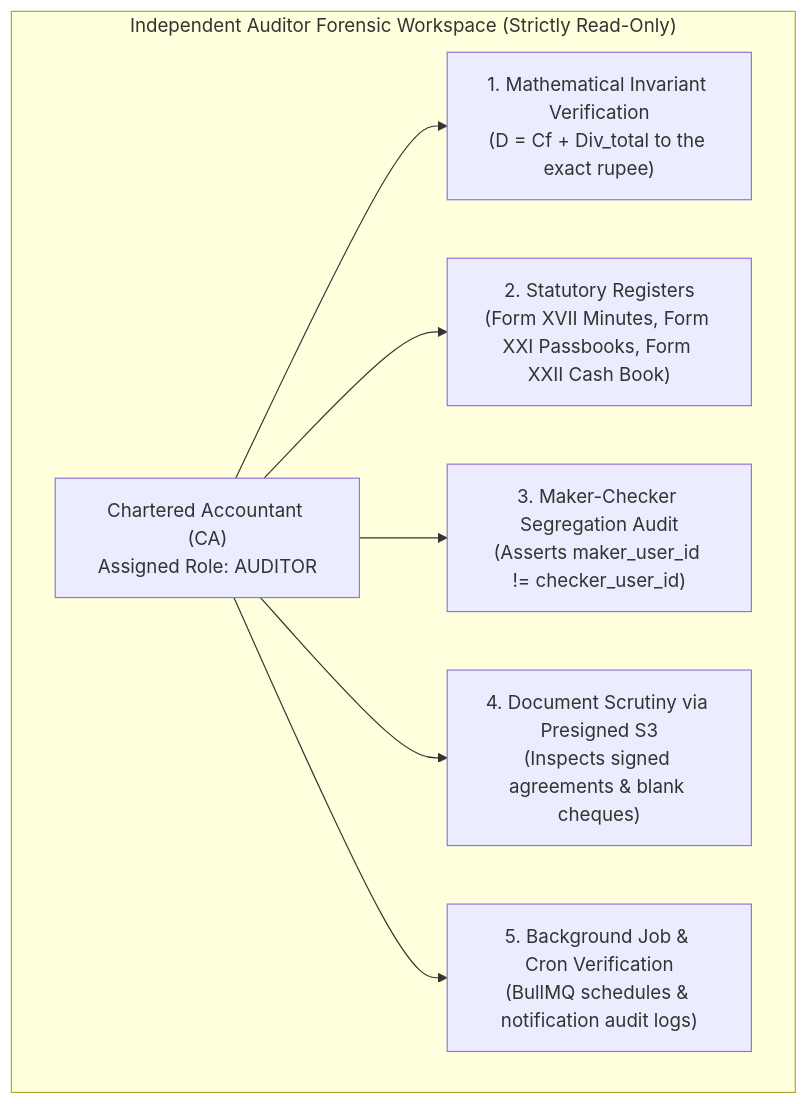
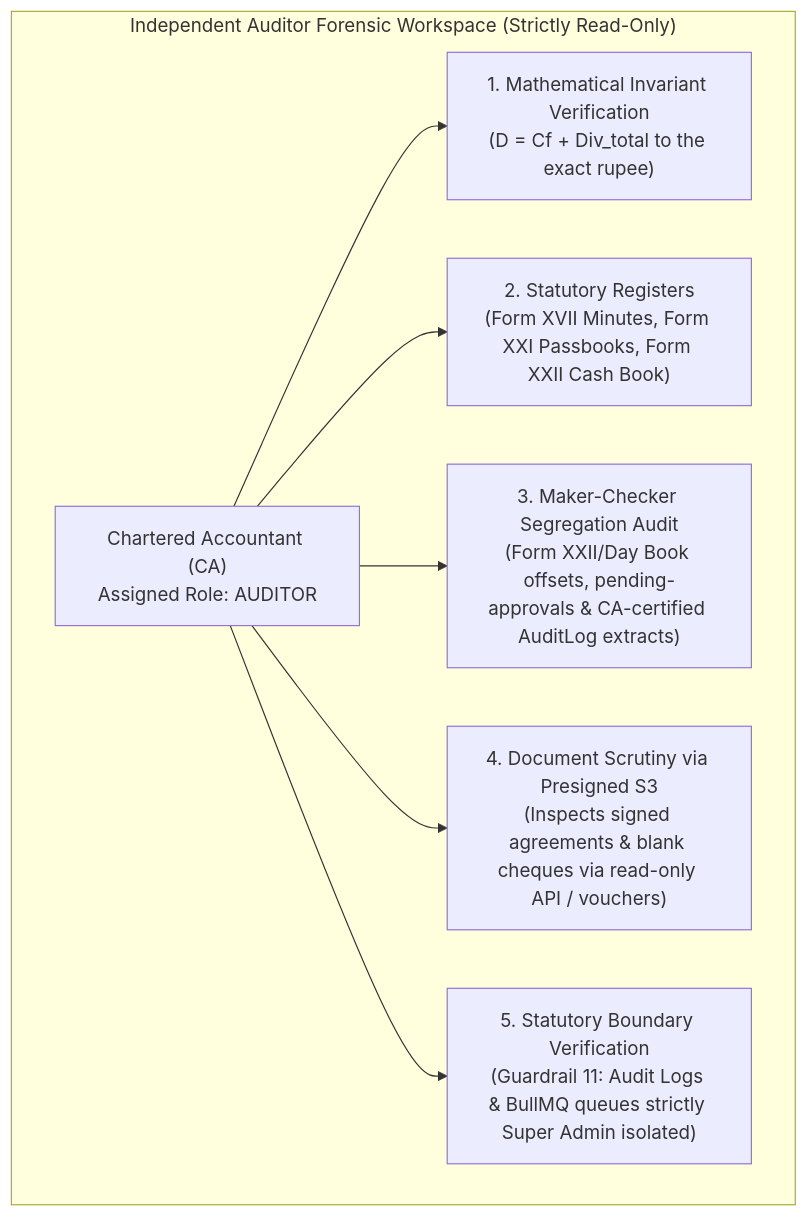
One commit to Kathir-24/Kumaran-finance changed the first of 8 diagrams in docs/07-operations/user-manuals/auditor-portal-manual.md. Above: the diagram before and after it, drawn with Mermaid. The commit also changed other lines of this file and 4 other files, not shown here.

````diff
--- a/docs/07-operations/user-manuals/auditor-portal-manual.md
+++ b/docs/07-operations/user-manuals/auditor-portal-manual.md
@@ -23,11 +23,11 @@
 ```mermaid
 flowchart TD
     subgraph AUDITOR_CONSOLE ["Independent Auditor Forensic Workspace (Strictly Read-Only)"]
         CA["Chartered Accountant (CA)\nAssigned Role: AUDITOR"]
         CA --> T1["1. Mathematical Invariant Verification\n(D = Cf + Div_total to the exact rupee)"]
         CA --> T2["2. Statutory Registers\n(Form XVII Minutes, Form XXI Passbooks, Form XXII Cash Book)"]
-        CA --> T3["3. Maker-Checker Segregation Audit\n(Asserts maker_user_id != checker_user_id)"]
-        CA --> T4["4. Document Scrutiny via Presigned S3\n(Inspects signed agreements & blank cheques)"]
-        CA --> T5["5. Background Job & Cron Verification\n(BullMQ schedules & notification audit logs)"]
+        CA --> T3["3. Maker-Checker Segregation Audit\n(Form XXII/Day Book offsets, pending-approvals & CA-certified AuditLog extracts)"]
+        CA --> T4["4. Document Scrutiny via Presigned S3\n(Inspects signed agreements & blank cheques via read-only API / vouchers)"]
+        CA --> T5["5. Statutory Boundary Verification\n(Guardrail 11: Audit Logs & BullMQ queues strictly Super Admin isolated)"]
     end
 ```
````
